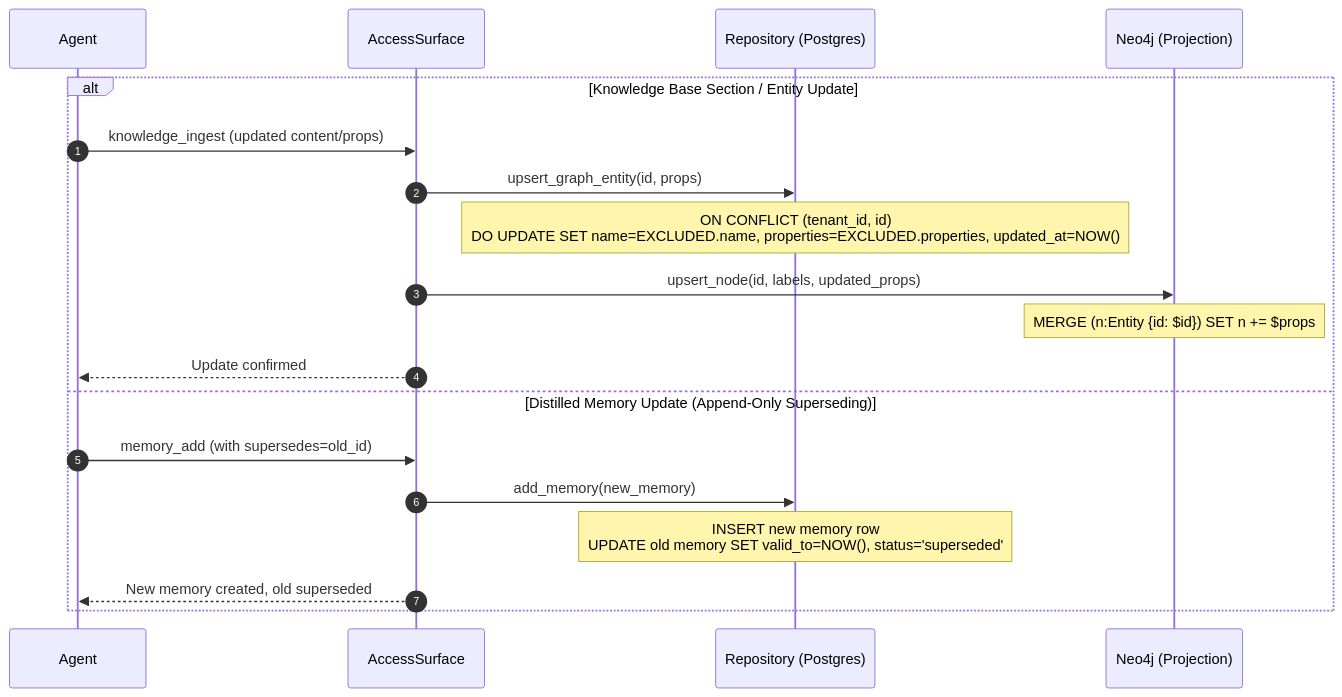
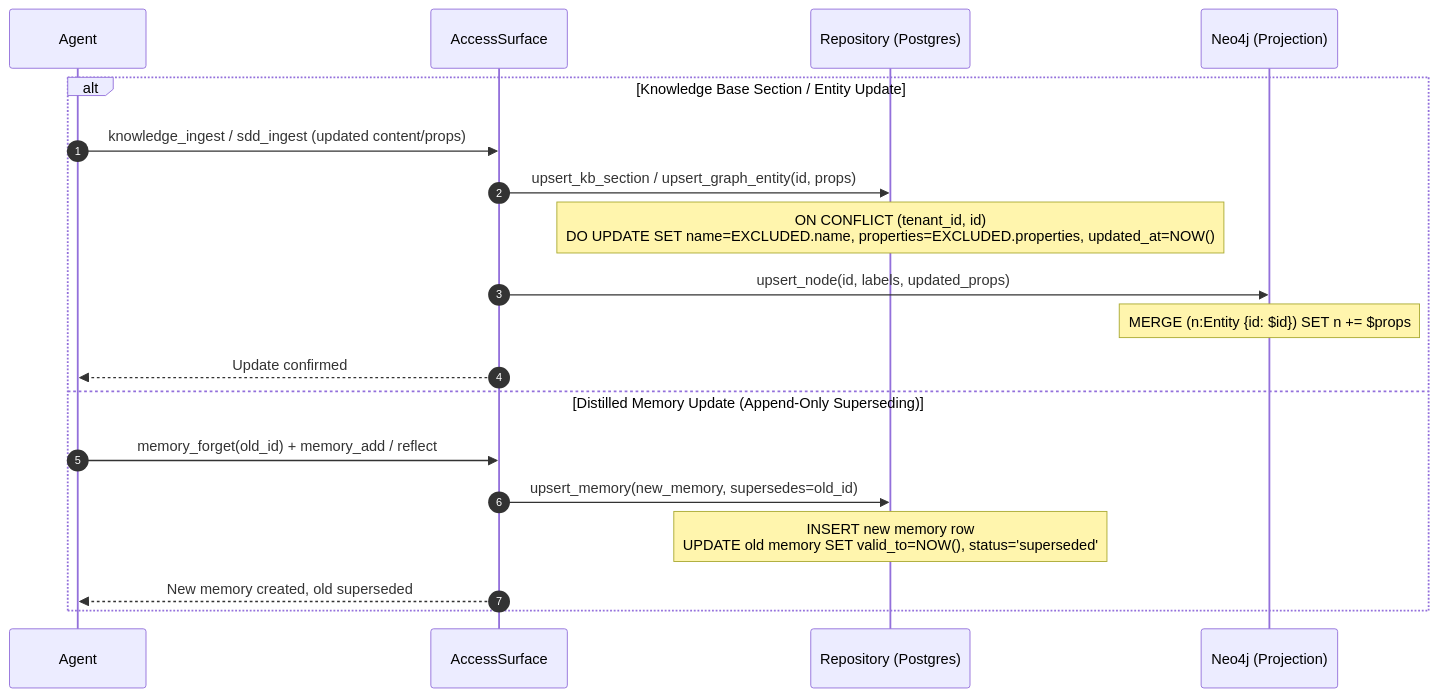
One commit to vladm3105/aidoc-flow-engramory changed the second of 5 diagrams in docs/DATA_FLOW_AND_LIFECYCLE.md. Above: the diagram before and after it, drawn with Mermaid. The commit also changed other lines of this file and 24 other files, not shown here.

````diff
--- a/docs/DATA_FLOW_AND_LIFECYCLE.md
+++ b/docs/DATA_FLOW_AND_LIFECYCLE.md
@@ -108,22 +108,22 @@
 ```mermaid
 sequenceDiagram
     autonumber
     participant Agent as Agent
     participant Surface as AccessSurface
     participant Repo as Repository (Postgres)
     participant Neo4j as Neo4j (Projection)
 
     alt Knowledge Base Section / Entity Update
-        Agent->>Surface: knowledge_ingest (updated content/props)
-        Surface->>Repo: upsert_graph_entity(id, props)
+        Agent->>Surface: knowledge_ingest / sdd_ingest (updated content/props)
+        Surface->>Repo: upsert_kb_section / upsert_graph_entity(id, props)
         Note over Repo: ON CONFLICT (tenant_id, id)<br/>DO UPDATE SET name=EXCLUDED.name, properties=EXCLUDED.properties, updated_at=NOW()
         Surface->>Neo4j: upsert_node(id, labels, updated_props)
         Note over Neo4j: MERGE (n:Entity {id: $id}) SET n += $props
         Surface-->>Agent: Update confirmed
     else Distilled Memory Update (Append-Only Superseding)
-        Agent->>Surface: memory_add (with supersedes=old_id)
-        Surface->>Repo: add_memory(new_memory)
+        Agent->>Surface: memory_forget(old_id) + memory_add / reflect
+        Surface->>Repo: upsert_memory(new_memory, supersedes=old_id)
         Note over Repo: INSERT new memory row<br/>UPDATE old memory SET valid_to=NOW(), status='superseded'
         Surface-->>Agent: New memory created, old superseded
     end
 ```
````
